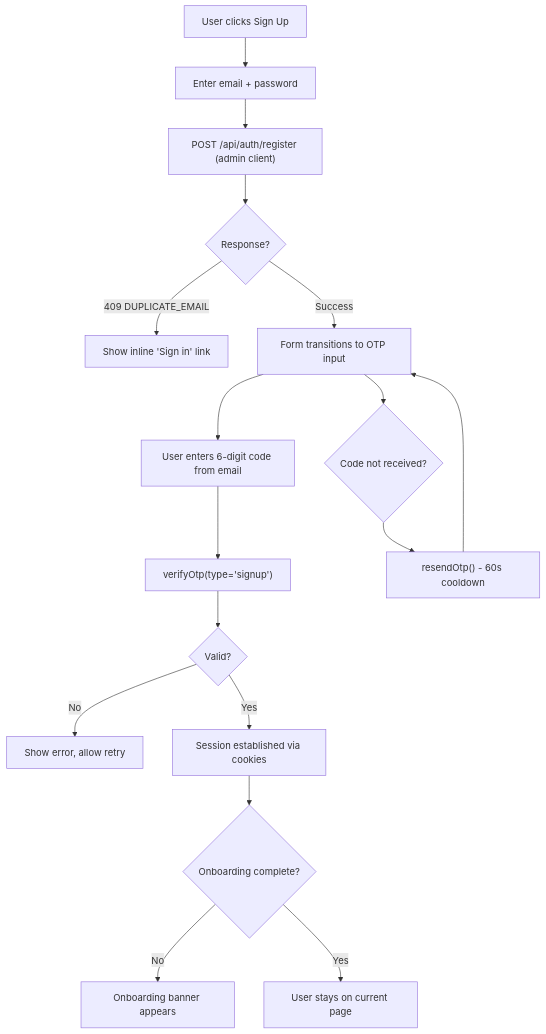
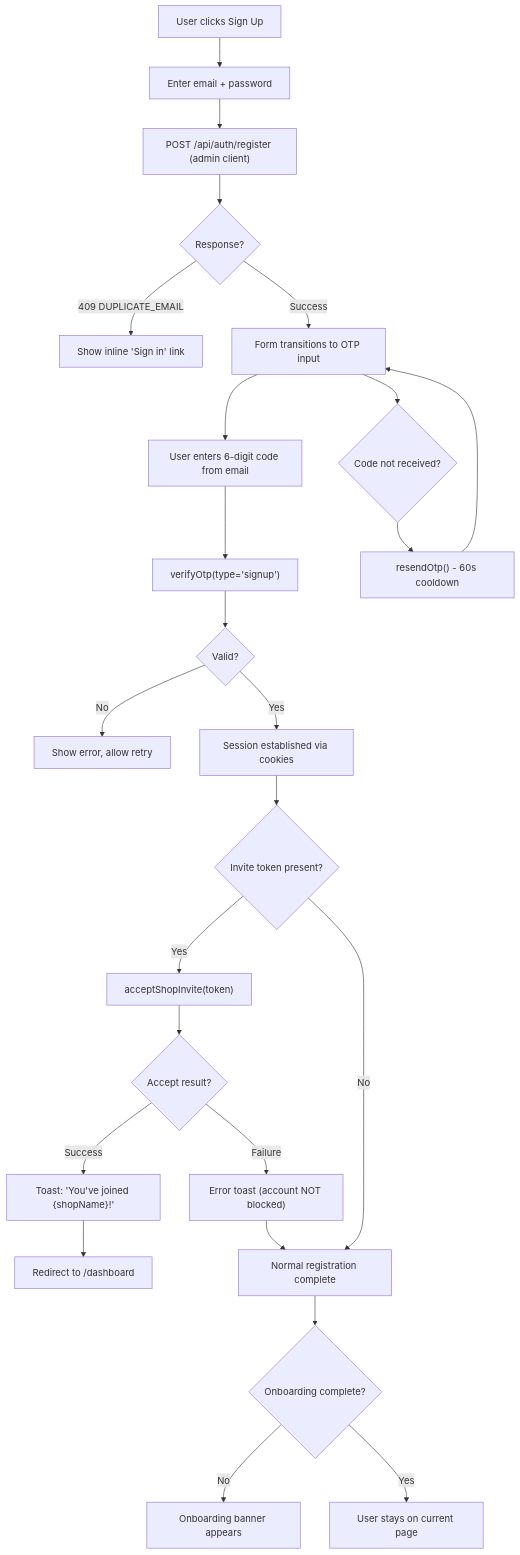
The first of 6 diagrams in docs/diagrams/journeys/auth.md (Nessi-Fishing-Supply/Nessi-Web-App), drawn with Mermaid before and after one commit. The commit also changed 1 other file, not shown here.

Commit message:
docs(shops): #254 update auth and shop-member journey diagrams with invite auto-accept flow

````diff
--- a/docs/diagrams/journeys/auth.md
+++ b/docs/diagrams/journeys/auth.md
@@ -7,20 +7,28 @@
 ```mermaid
 flowchart TD
     A[User clicks Sign Up] --> B[Enter email + password]
     B --> C["POST /api/auth/register (admin client)"]
     C --> D{Response?}
     D -->|409 DUPLICATE_EMAIL| E[Show inline 'Sign in' link]
     D -->|Success| F[Form transitions to OTP input]
     F --> G["User enters 6-digit code from email"]
     G --> H["verifyOtp(type='signup')"]
     H --> I{Valid?}
     I -->|No| J[Show error, allow retry]
     I -->|Yes| K[Session established via cookies]
-    K --> L{Onboarding complete?}
-    L -->|No| M[Onboarding banner appears]
-    L -->|Yes| N[User stays on current page]
+    K --> L{Invite token present?}
+    L -->|Yes| M["acceptShopInvite(token)"]
+    M --> MA{Accept result?}
+    MA -->|Success| MB["Toast: 'You've joined {shopName}!'"]
+    MB --> MC["Redirect to /dashboard"]
+    MA -->|Failure| MD["Error toast (account NOT blocked)"]
+    MD --> N[Normal registration complete]
+    L -->|No| N[Normal registration complete]
+    N --> O{Onboarding complete?}
+    O -->|No| P[Onboarding banner appears]
+    O -->|Yes| Q[User stays on current page]
 
-    F --> O{Code not received?}
-    O --> P["resendOtp() - 60s cooldown"]
-    P --> F
+    F --> R{Code not received?}
+    R --> S["resendOtp() - 60s cooldown"]
+    S --> F
 ```
````
